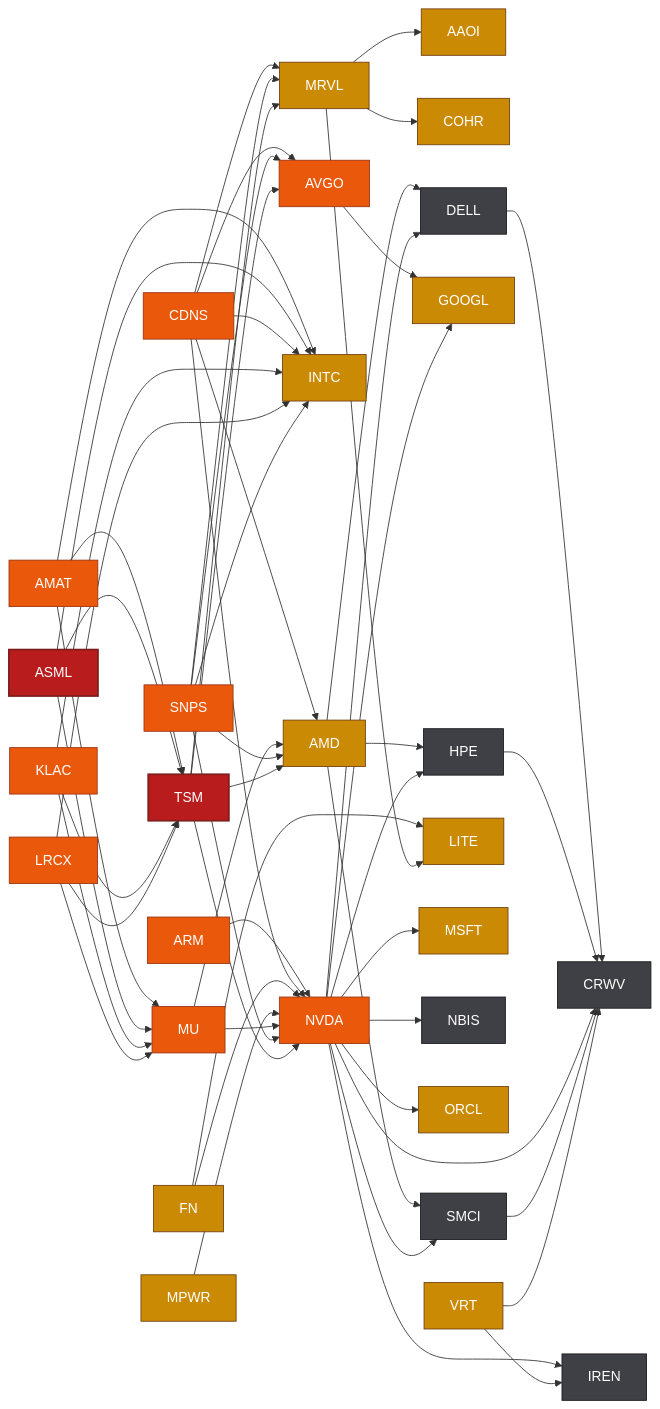
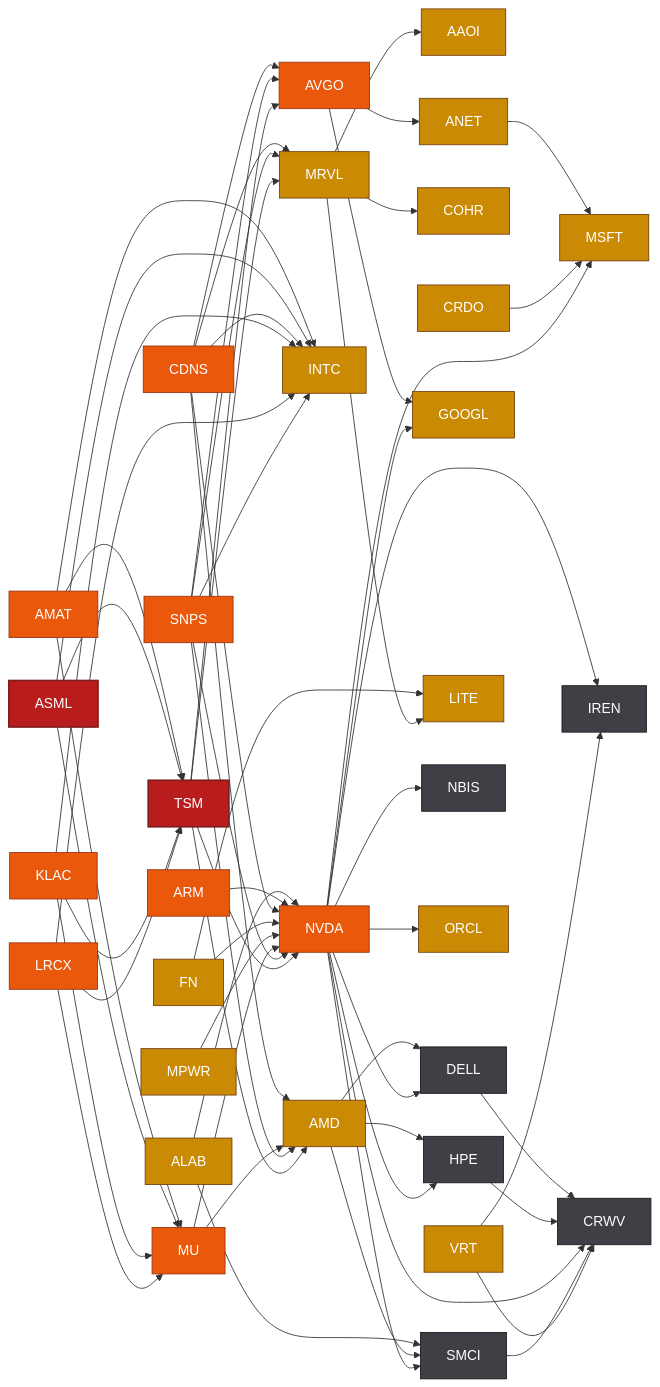
The diagram in Maps/AI Supply Chain.md (Ali0600/stocks-vault), drawn with Mermaid before and after one commit. The commit also changed other lines of this file and 11 other files, not shown here.

First line of the commit message:
vault: add AI cluster networking — switching + connectivity silicon (ANET, ALAB, CRDO)

```diff
--- a/Maps/AI Supply Chain.md
+++ b/Maps/AI Supply Chain.md
@@ -87,13 +90,16 @@
   classDef low fill:#3f3f46,color:#fff,stroke:#18181b;
   classDef none fill:#52525b,color:#fff,stroke:#27272a;
   AAOI[AAOI]:::medium
+  ALAB[ALAB]:::medium
   AMAT[AMAT]:::high
   AMD[AMD]:::medium
+  ANET[ANET]:::medium
   ARM[ARM]:::high
   ASML[ASML]:::extreme
   AVGO[AVGO]:::high
   CDNS[CDNS]:::high
   COHR[COHR]:::medium
+  CRDO[CRDO]:::medium
   CRWV[CRWV]:::low
   DELL[DELL]:::low
   FN[FN]:::medium
@@ -115,22 +121,27 @@
   SNPS[SNPS]:::high
   TSM[TSM]:::extreme
   VRT[VRT]:::medium
+  ALAB --> NVDA
+  ALAB --> SMCI
   AMAT --> INTC
   AMAT --> MU
   AMAT --> TSM
   AMD --> DELL
   AMD --> HPE
   AMD --> SMCI
+  ANET --> MSFT
   ARM --> NVDA
   ASML --> INTC
   ASML --> MU
   ASML --> TSM
+  AVGO --> ANET
   AVGO --> GOOGL
   CDNS --> AMD
   CDNS --> AVGO
   CDNS --> INTC
   CDNS --> MRVL
   CDNS --> NVDA
+  CRDO --> MSFT
   DELL --> CRWV
   FN --> LITE
   FN --> NVDA
```
